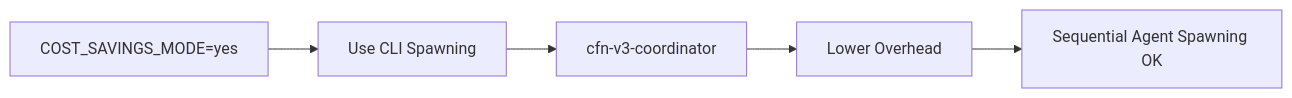
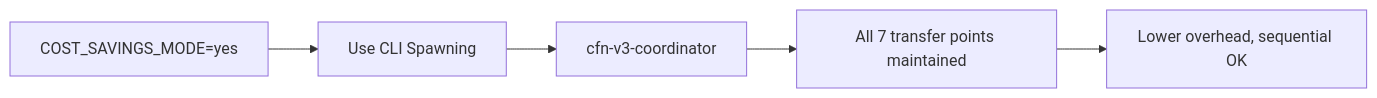
Before and after one commit to masharratt/claude-flow-novice: the fifth of 5 diagrams in readme/cfn-loop-flow-diagram.md, drawn with Mermaid. The commit also changed other lines of this file and 144 other files, not shown here.

````diff
--- a/readme/cfn-loop-flow-diagram.md
+++ b/readme/cfn-loop-flow-diagram.md
@@ -73,7 +404,7 @@
 ```mermaid
 graph LR
     A[COST_SAVINGS_MODE=yes] --> B[Use CLI Spawning]
     B --> C[cfn-v3-coordinator]
-    C --> D[Lower Overhead]
-    D --> E[Sequential Agent Spawning OK]
+    C --> D[All 7 transfer points maintained]
+    D --> E[Lower overhead, sequential OK]
 ```
````
